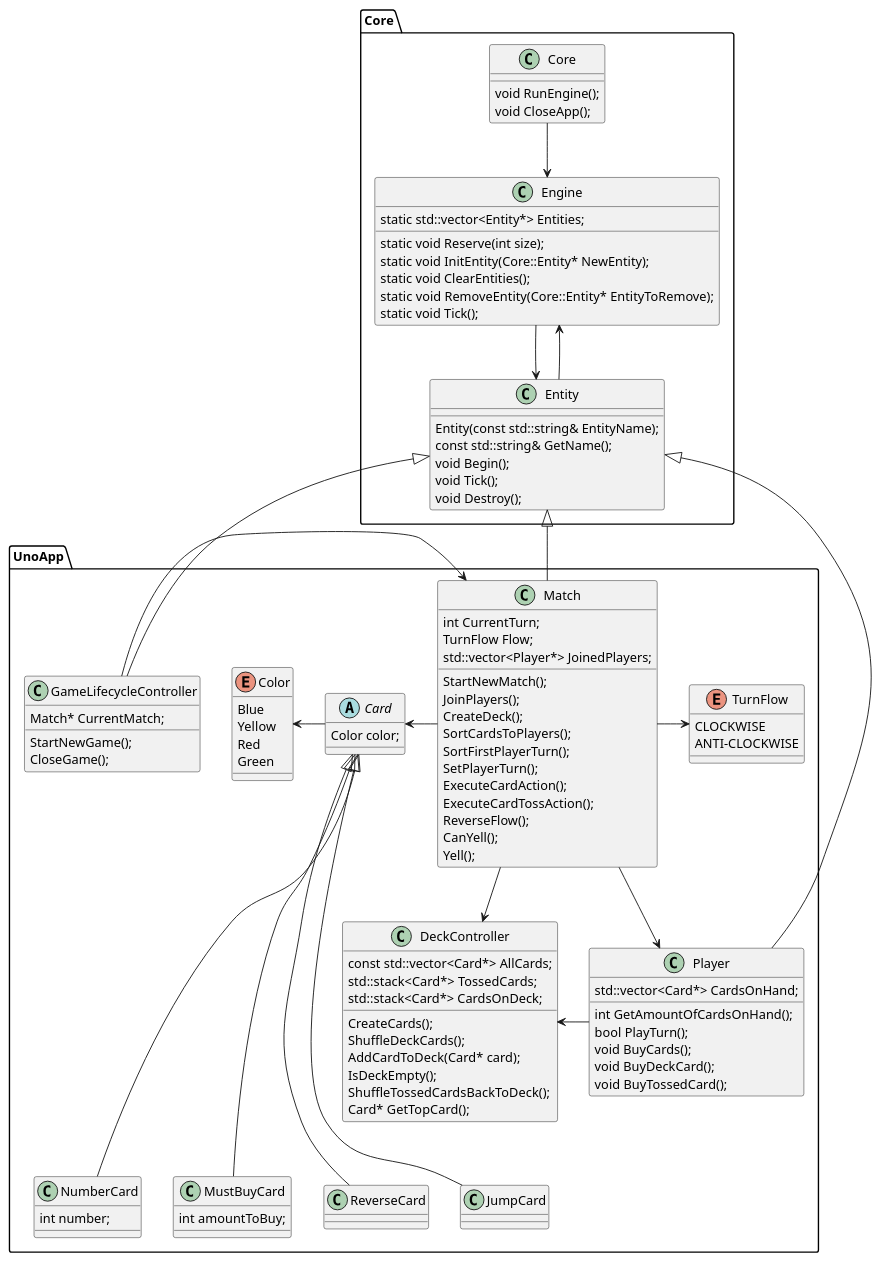
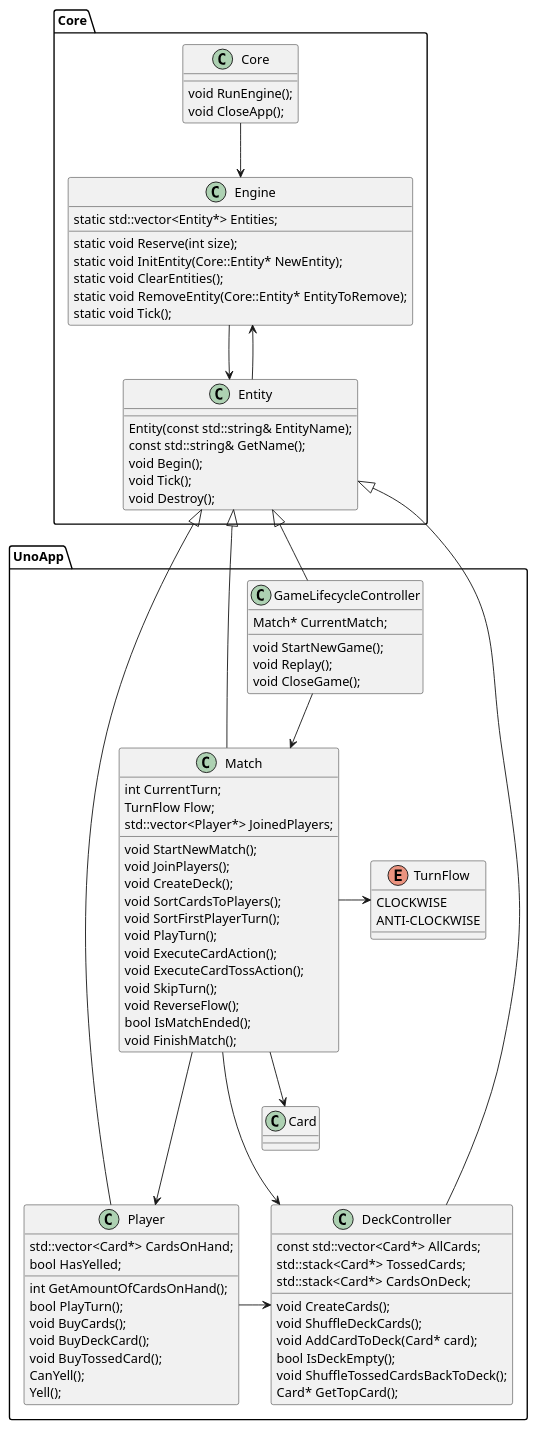
The diagram in Documentation/GeneralArchitecture.puml (rodrigoaadias/UnoGameProjectCpp), drawn with PlantUML before and after one commit. The commit also changed 14 other files, not shown here.

First line of the commit message:
Finished base architecture sketch & defined code style in .editorconfig

```diff
--- a/Documentation/GeneralArchitecture.puml
+++ b/Documentation/GeneralArchitecture.puml
@@ -1,128 +1,107 @@
 @startuml
 'https://plantuml.com/class-diagram
 
 package Core
 {
     class Engine{
         static std::vector<Entity*> Entities;
         static void Reserve(int size);
         static void InitEntity(Core::Entity* NewEntity);
         static void ClearEntities();
         static void RemoveEntity(Core::Entity* EntityToRemove);
         static void Tick();
     }
 
     class Entity{        
         Entity(const std::string& EntityName);
         const std::string& GetName();
         void Begin();
         void Tick();
         void Destroy();  
     }
-    
+
     Engine --> Entity
     Entity --> Engine
-    
+
     class Core{
         void RunEngine();
         void CloseApp();
     }
 
     Core --> Engine
 }
 
 package UnoApp
 {
     class GameLifecycleController{
         Match* CurrentMatch;
-        StartNewGame();
-        CloseGame();
+        void StartNewGame();
+        void Replay();
+        void CloseGame();
     }
     
     class Player{
         std::vector<Card*> CardsOnHand;
+        bool HasYelled;
         int GetAmountOfCardsOnHand();
         bool PlayTurn();
         void BuyCards();
         void BuyDeckCard();
         void BuyTossedCard();
+        CanYell();
+        Yell();
     }
 
     class DeckController{
         const std::vector<Card*> AllCards;
         std::stack<Card*> TossedCards;
         std::stack<Card*> CardsOnDeck;
-        CreateCards();
-        ShuffleDeckCards();
-        AddCardToDeck(Card* card);
-        IsDeckEmpty();
-        ShuffleTossedCardsBackToDeck();
+        void CreateCards();
+        void ShuffleDeckCards();
+        void AddCardToDeck(Card* card);
+        bool IsDeckEmpty();
+        void ShuffleTossedCardsBackToDeck();
         Card* GetTopCard();
     }
 
     enum TurnFlow{
         CLOCKWISE
         ANTI-CLOCKWISE
     }
 
     class Match{    
         int CurrentTurn;
         TurnFlow Flow;
         std::vector<Player*> JoinedPlayers;              
-        StartNewMatch();
-        JoinPlayers();
-        CreateDeck();
-        SortCardsToPlayers();
-        SortFirstPlayerTurn();
-        SetPlayerTurn();  
-        ExecuteCardAction();      
-        ExecuteCardTossAction();  
-        ReverseFlow();
-        CanYell();
-        Yell();
-    }
-    
-    enum Color{
-        Blue
-        Yellow
-        Red
-        Green
+        void StartNewMatch();
+        void JoinPlayers();
+        void CreateDeck();
+        void SortCardsToPlayers();
+        void SortFirstPlayerTurn();
+        void PlayTurn();
+        void ExecuteCardAction();      
+        void ExecuteCardTossAction();  
+        void SkipTurn();
+        void ReverseFlow();
+        bool IsMatchEnded();
+        void FinishMatch();
     }
 
-    abstract class Card{
-        Color color;
-    }
-
-    class NumberCard{
-        int number;
-    }
-    
-    class MustBuyCard{
-        int amountToBuy;
-    }
-    
-    class ReverseCard{
-    }
-
-    class JumpCard{
+    class Card{
     }
 
     Entity <|-- GameLifecycleController
-    GameLifecycleController -> Match
-    Color <- Card
-    Card <|--- NumberCard
-    Card <|--- MustBuyCard
-    Card <|--- ReverseCard
-    Card <|--- JumpCard
-    
+    GameLifecycleController --> Match
+
     Entity <|-- Player
     Entity <|-- Match
+    Entity <|-- DeckController
 
     Player -> DeckController
-    Match --> Player
-    Match --> DeckController
+    Match ---> Player
+    Match ---> DeckController
     Match -> TurnFlow
-    Match -> Card
+    Match --> Card
 }
 
 @enduml
```
